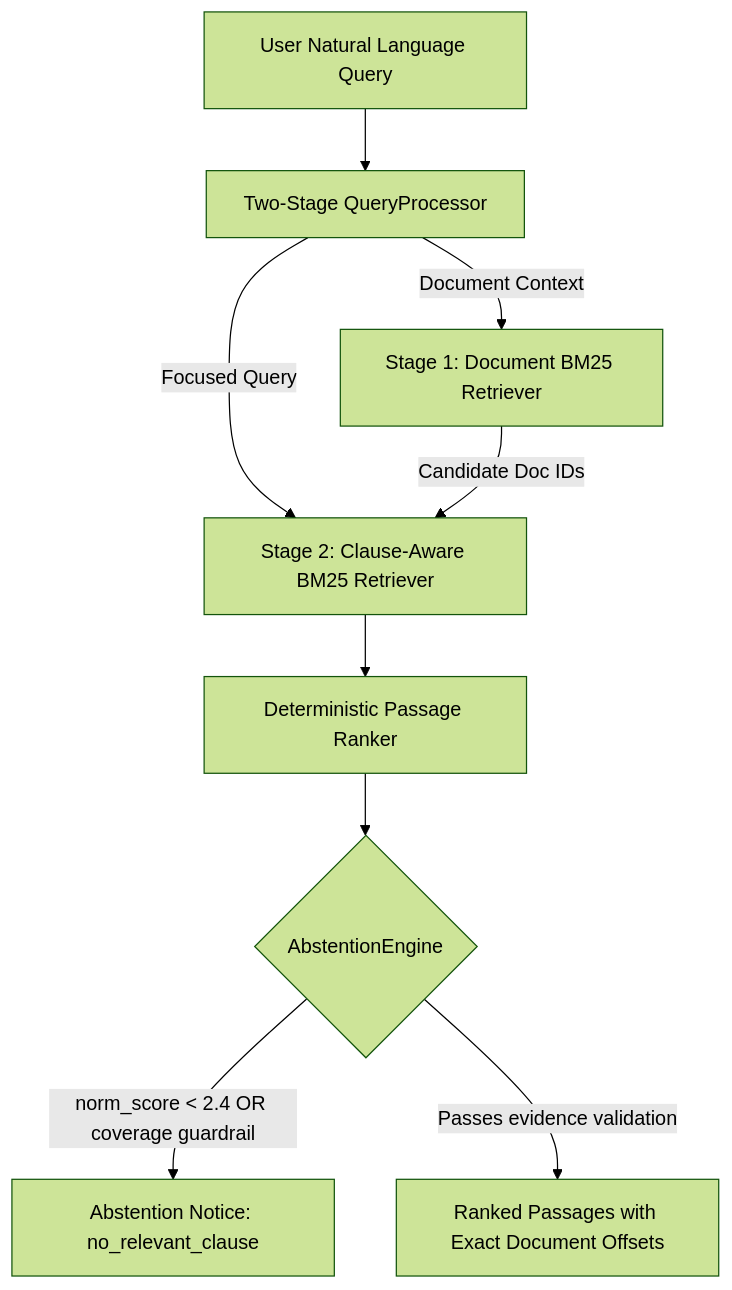
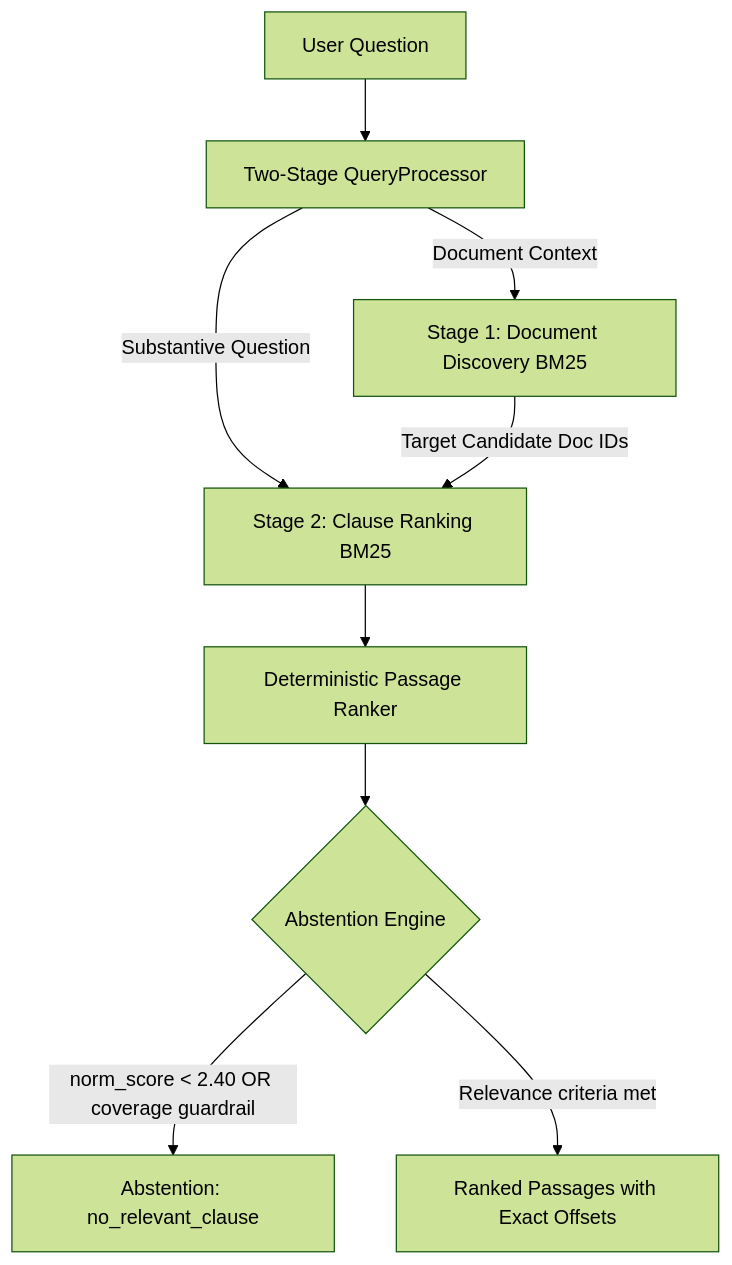
The diagram in REPORT.md (Kunjdesai28/jiostar-contract-intelligence-assistant), drawn with Mermaid (forest theme) before and after one commit. The commit also changed other lines of this file and 3 other files, not shown here.

````diff
--- a/REPORT.md
+++ b/REPORT.md
@@ -59,11 +13,11 @@
 ```mermaid
 graph TD
-    Q[User Natural Language Query] --> QP[Two-Stage QueryProcessor]
-    QP -->|Document Context| S1[Stage 1: Document BM25 Retriever]
-    QP -->|Focused Query| S2[Stage 2: Clause-Aware BM25 Retriever]
-    S1 -->|Candidate Doc IDs| S2
-    S2 --> RK[Deterministic Passage Ranker]
-    RK --> ABS{AbstentionEngine}
-    ABS -->|norm_score < 2.4 OR coverage guardrail| ABSTAIN[Abstention Notice: no_relevant_clause]
-    ABS -->|Passes evidence validation| RES[Ranked Passages with Exact Document Offsets]
+    UserQuery[User Question] --> QueryProc[Two-Stage QueryProcessor]
+    QueryProc -->|Document Context| Stage1[Stage 1: Document Discovery BM25]
+    QueryProc -->|Substantive Question| Stage2[Stage 2: Clause Ranking BM25]
+    Stage1 -->|Target Candidate Doc IDs| Stage2
+    Stage2 --> Ranker[Deterministic Passage Ranker]
+    Ranker --> Abstention{Abstention Engine}
+    Abstention -->|norm_score < 2.40 OR coverage guardrail| Abstain[Abstention: no_relevant_clause]
+    Abstention -->|Relevance criteria met| Evidence[Ranked Passages with Exact Offsets]
 ```
````
